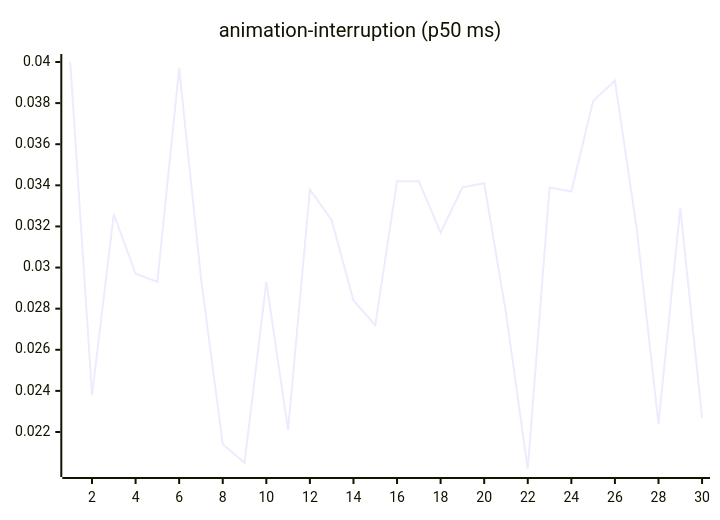
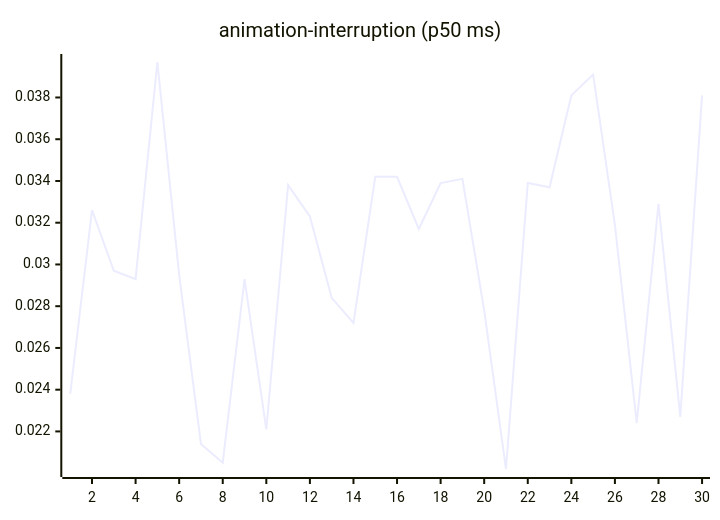
One commit to josha/Facet changed the third of 27 diagrams in README.md. Above: the diagram before and after it, drawn with Mermaid. The commit also changed other lines of this file and 2 other files, not shown here.

````diff
--- a/README.md
+++ b/README.md
@@ -77,6 +77,6 @@
 ```mermaid
 xychart-beta
     title "animation-interruption (p50 ms)"
     x-axis 1 --> 30
-    line [0.0400, 0.0238, 0.0326, 0.0297, 0.0293, 0.0397, 0.0295, 0.0214, 0.0205, 0.0293, 0.0221, 0.0338, 0.0323, 0.0284, 0.0272, 0.0342, 0.0342, 0.0317, 0.0339, 0.0341, 0.0278, 0.0202, 0.0339, 0.0337, 0.0381, 0.0391, 0.0319, 0.0224, 0.0329, 0.0227]
+    line [0.0238, 0.0326, 0.0297, 0.0293, 0.0397, 0.0295, 0.0214, 0.0205, 0.0293, 0.0221, 0.0338, 0.0323, 0.0284, 0.0272, 0.0342, 0.0342, 0.0317, 0.0339, 0.0341, 0.0278, 0.0202, 0.0339, 0.0337, 0.0381, 0.0391, 0.0319, 0.0224, 0.0329, 0.0227, 0.0381]
 ```
````
